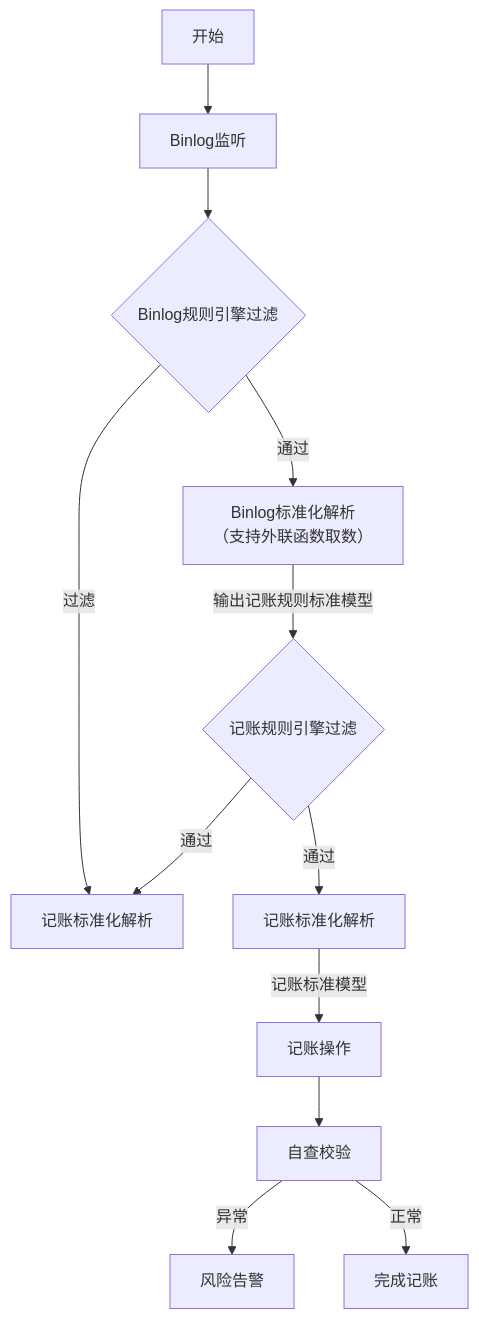
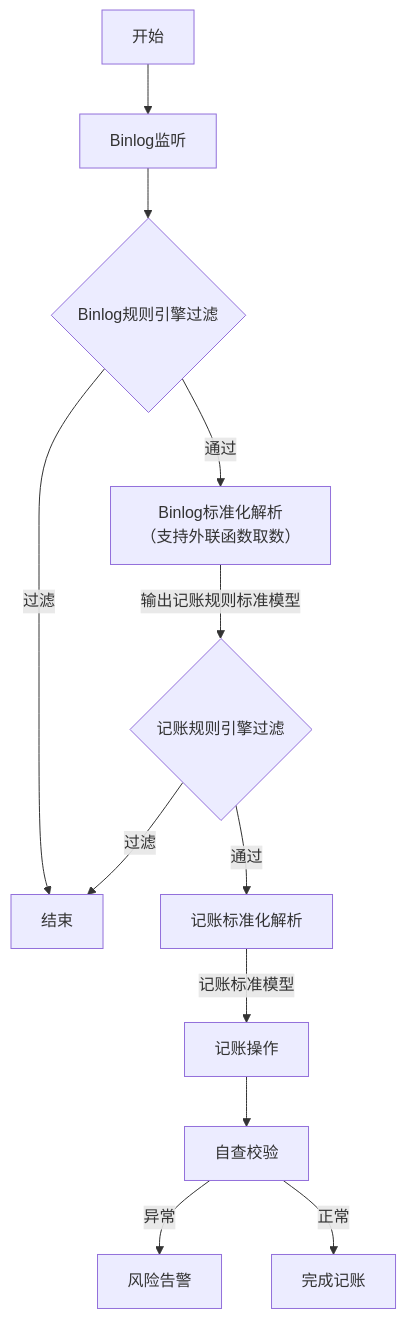
One commit to 87828943/iodraw-files changed the diagram in all/记账架构流程图.md. Above: the diagram before and after it, drawn with Mermaid.

Commit message:
2025-07-07 14:55:15 update

````diff
--- a/all/记账架构流程图.md
+++ b/all/记账架构流程图.md
@@ -1,15 +1,15 @@
 ```mermaid
 graph TD
     Z[开始] --> A
     A[Binlog监听] --> B{Binlog规则引擎过滤}
     B -->|通过| C[Binlog标准化解析
     （支持外联函数取数）]
     B -->|过滤| K[结束]
     C --> |输出记账规则标准模型|D{记账规则引擎过滤}
     D --> |通过|E[记账标准化解析]
-    D --> |通过|K[记账标准化解析]
+    D --> |过滤|K
     E --> |记账标准模型|F[记账操作]
     F --> G[自查校验]
     G -->|异常| H[风险告警]
     G -->|正常| I[完成记账]
 ```
````
